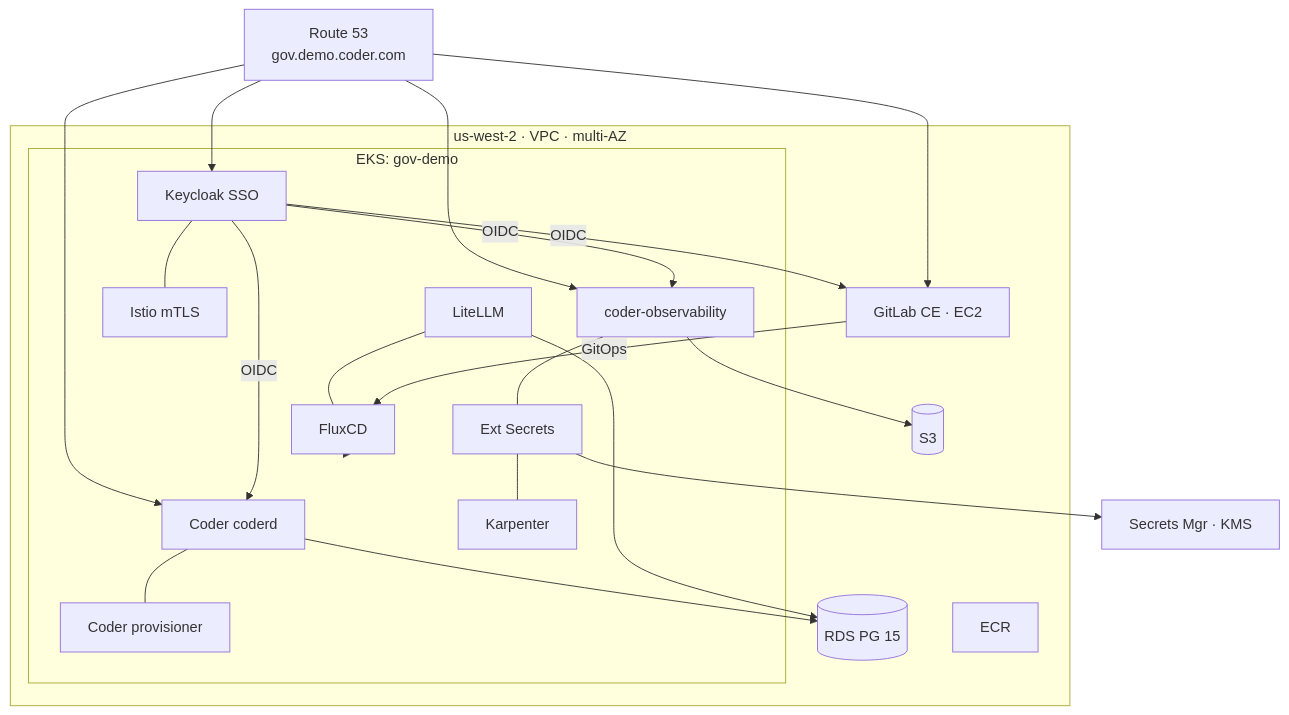
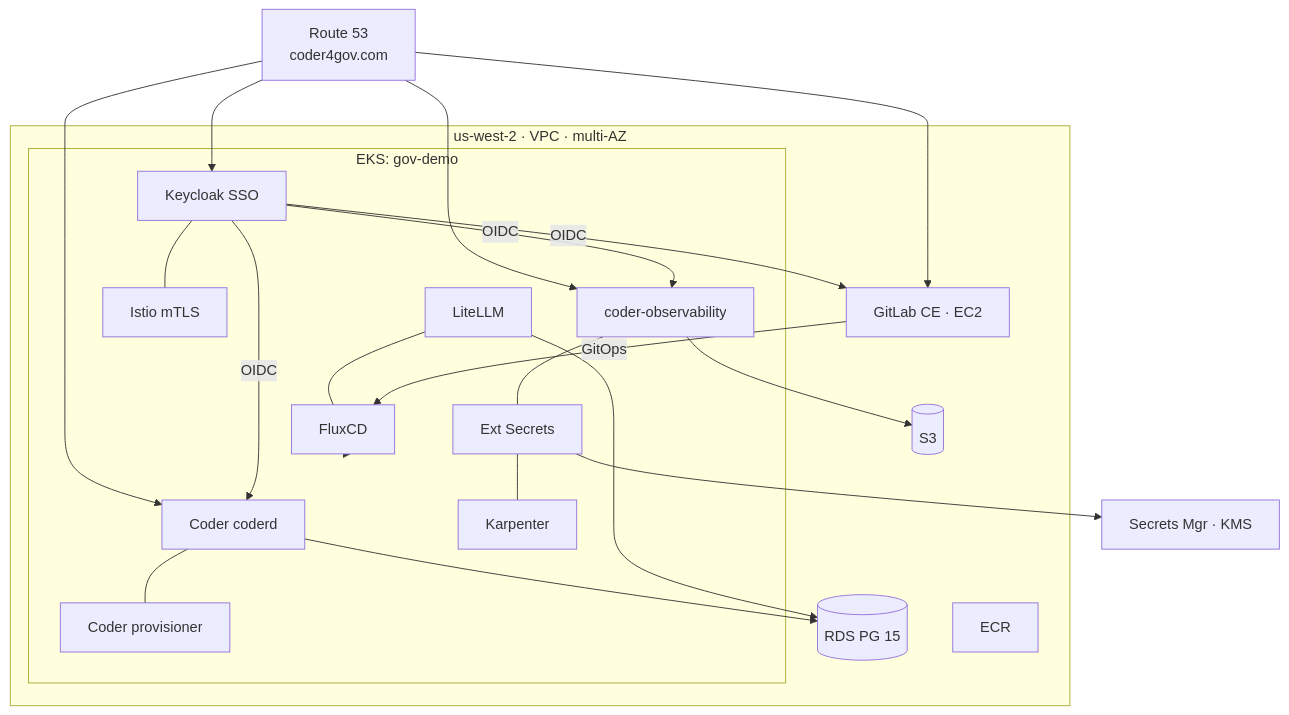
The first of 2 diagrams in README.md (coder/usgov-deploy-aws), drawn with Mermaid before and after one commit. The commit also changed other lines of this file and 3 other files, not shown here.

First line of the commit message:
feat: domain change to coder4gov.com, drop Google Cloud DNS

````diff
--- a/README.md
+++ b/README.md
@@ -37,27 +37,27 @@
 ```mermaid
 graph TB
-    DNS["Route 53<br/>gov.demo.coder.com"]
+    DNS["Route 53<br/>coder4gov.com"]
 
     subgraph VPC["us-west-2 · VPC · multi-AZ"]
         subgraph EKS["EKS: gov-demo"]
             C[Coder coderd] --- P[Coder provisioner]
             L[LiteLLM] --- F[FluxCD]
             KC[Keycloak SSO] --- I[Istio mTLS]
             O[coder-observability] --- ESO[Ext Secrets]
             ESO[Ext Secrets] --- K[Karpenter]
         end
         GL[GitLab CE · EC2]
         RDS[(RDS PG 15)]
         ECR[ECR]
         S3[(S3)]
     end
 
     AWS[Secrets Mgr · KMS]
 
     DNS --> C & GL & O & KC
     KC -- OIDC --> C & GL & O
     GL -- GitOps --> F --> EKS
     C & L --> RDS
     ESO --> AWS
     O --> S3
 ```
````
